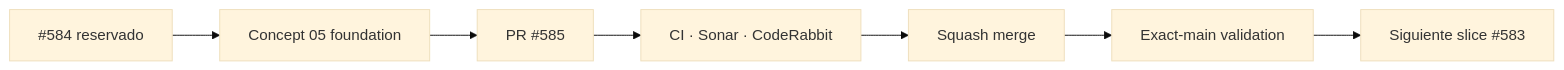
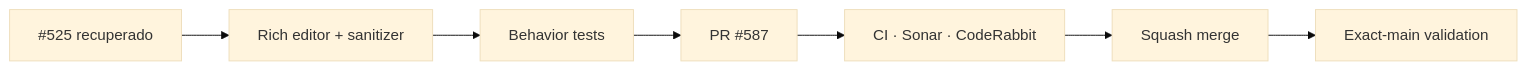
One commit to pl0n3r/brvtal changed the diagram in README.md. Above: the diagram before and after it, drawn with Mermaid (base theme). The commit also changed other lines of this file and 10 other files, not shown here.

First line of the commit message:
feat: rich Blog editor and safe public rendering (v0.1.26) (#587)

````diff
--- a/README.md
+++ b/README.md
@@ -48,9 +48,9 @@
 ```mermaid
 flowchart LR
- I["#584 reservado"] --> F["Concept 05 foundation"]
- F --> P["PR #585"]
+ R["#525 recuperado"] --> E["Rich editor + sanitizer"]
+ E --> T["Behavior tests"]
+ T --> P["PR #587"]
  P --> C["CI · Sonar · CodeRabbit"]
  C --> M["Squash merge"]
  M --> X["Exact-main validation"]
- X --> N["Siguiente slice #583"]
 ```
````
